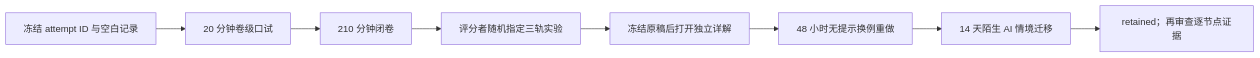
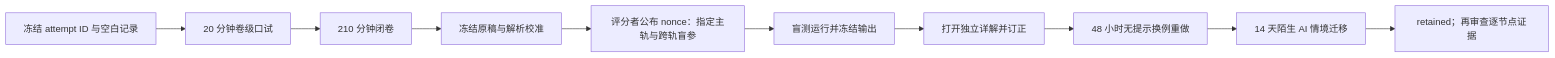
Before and after one commit to atongbuxiang/ai-foundations-from-beginner-to-mastery: the first of 2 diagrams in 00-知识库管理/_labs/assessments/阶段测验 - 几何、泛函分析、核与算子基础（10.10）.md, drawn with Mermaid. The commit also changed other lines of this file and 12 other files, not shown here.

````diff
--- a/00-知识库管理/_labs/assessments/阶段测验 - 几何、泛函分析、核与算子基础（10.10）.md
+++ b/00-知识库管理/_labs/assessments/阶段测验 - 几何、泛函分析、核与算子基础（10.10）.md
@@ -26,10 +26,12 @@
 ```mermaid
 flowchart LR
     F["冻结 attempt ID 与空白记录"] --> O["20 分钟卷级口试"]
     O --> W["210 分钟闭卷"]
-    W --> E["评分者随机指定三轨实验"]
-    E --> S["冻结原稿后打开独立详解"]
+    W --> C["冻结原稿与解析校准"]
+    C --> N["评分者公布 nonce：指定主轨与跨轨盲参"]
+    N --> E["盲测运行并冻结输出"]
+    E --> S["打开独立详解并订正"]
     S --> R48["48 小时无提示换例重做"]
     R48 --> R14["14 天陌生 AI 情境迁移"]
     R14 --> P["retained；再审查逐节点证据"]
 ```
````
